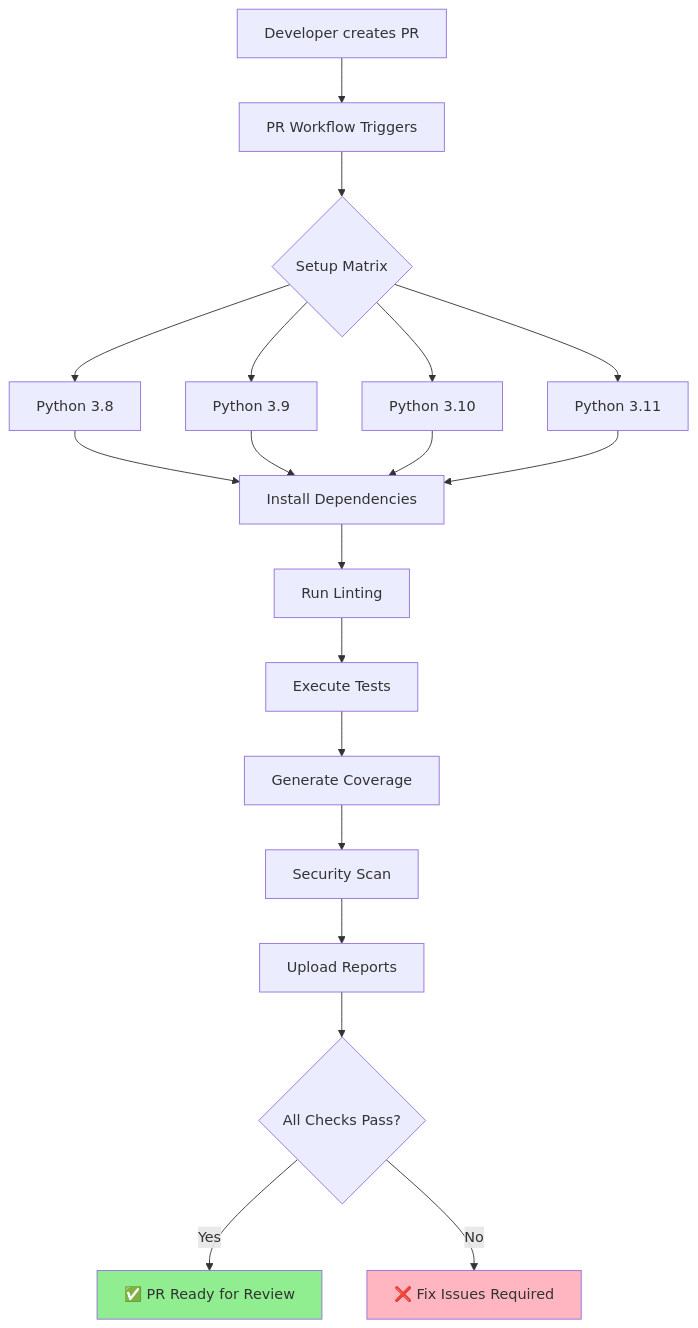
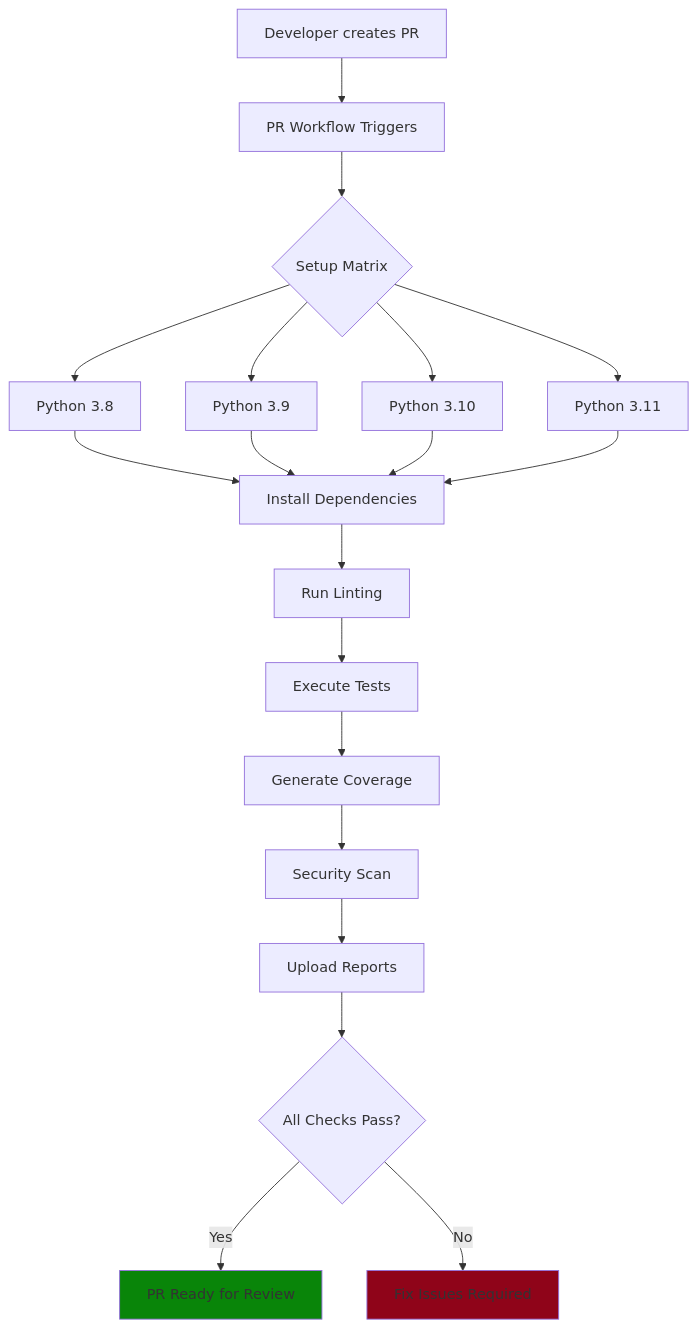
Before and after one commit to Matan-Shabi/msd-pipeline-hw: the first of 2 diagrams in README.md, drawn with Mermaid. The commit also changed other lines of this file, not shown here.

Commit message:
readme update diagram colors

````diff
--- a/README.md
+++ b/README.md
@@ -89,27 +89,27 @@
 ```mermaid
 graph TB
     A[Developer creates PR] --> B[PR Workflow Triggers]
     B --> C{Setup Matrix}
     C --> D[Python 3.8]
     C --> E[Python 3.9]
     C --> F[Python 3.10]
     C --> G[Python 3.11]
 
     D --> H[Install Dependencies]
     E --> H
     F --> H
     G --> H
 
     H --> I[Run Linting]
     I --> J[Execute Tests]
     J --> K[Generate Coverage]
     K --> L[Security Scan]
     L --> M[Upload Reports]
 
     M --> N{All Checks Pass?}
-    N -->|Yes| O[✅ PR Ready for Review]
-    N -->|No| P[❌ Fix Issues Required]
+    N -->|Yes| O[PR Ready for Review]
+    N -->|No| P[ Fix Issues Required]
 
-    style O fill:#90EE90
-    style P fill:#FFB6C1
+    style O fill:#098509
+    style P fill:#8f0419
 ```
````
